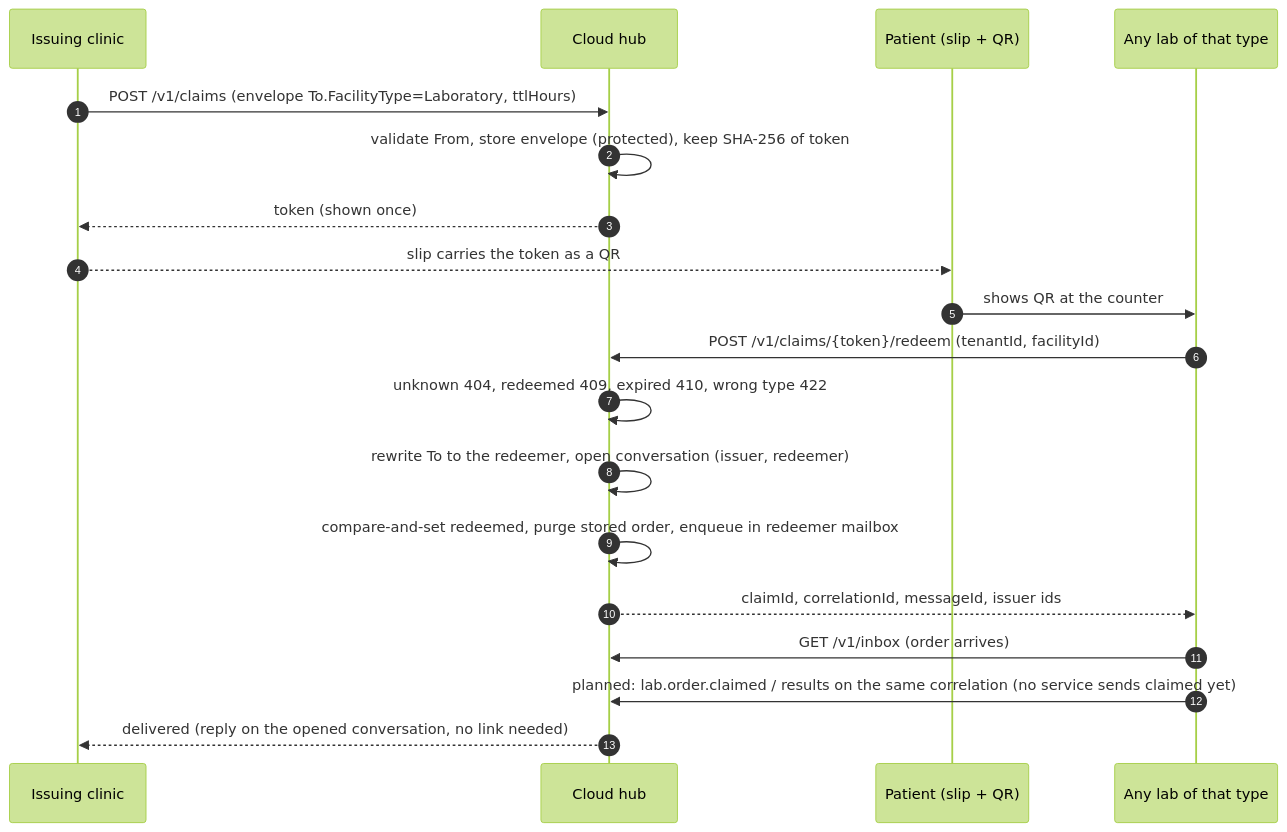
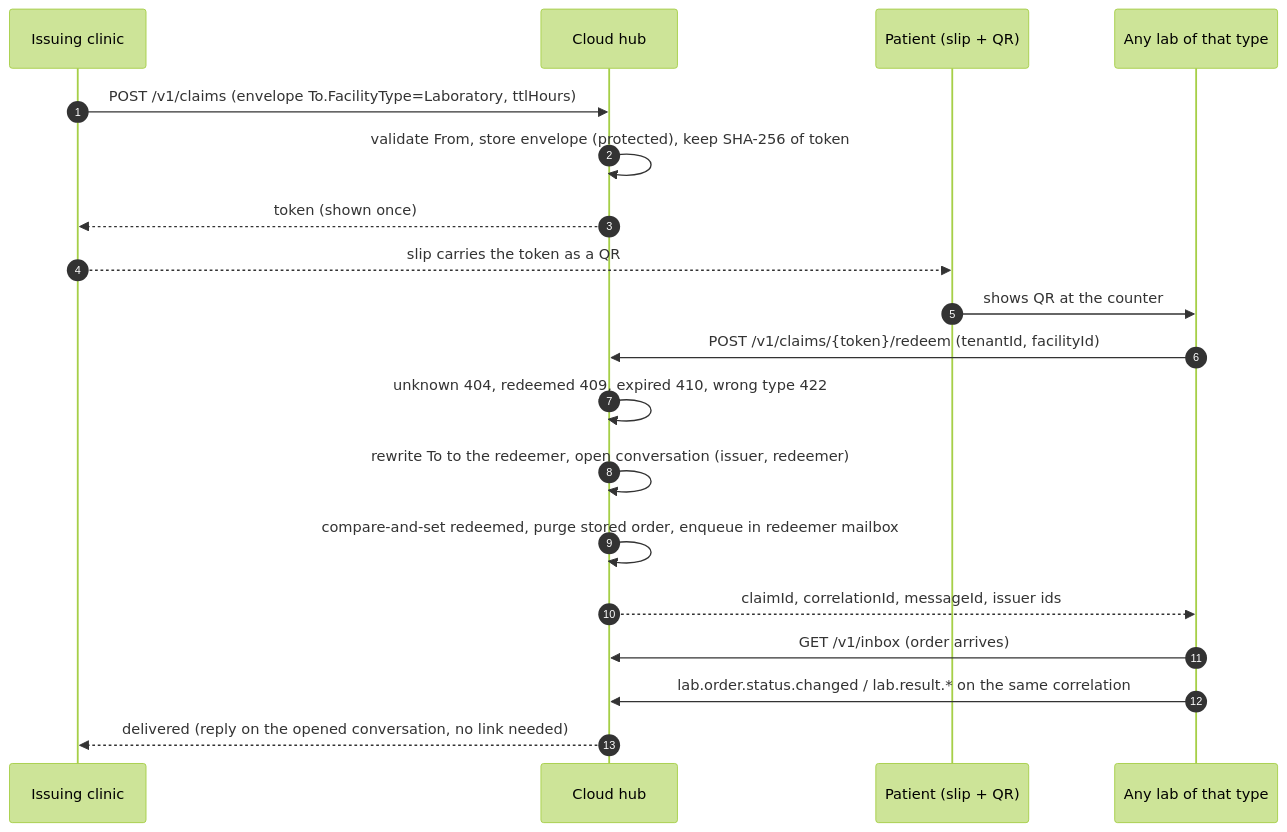
The third of 4 diagrams in docs/architecture/interop-hub.md (NextStep-Software-Solutions-Inc/clinicez-arch2), drawn with Mermaid (forest theme) before and after one commit. The commit also changed other lines of this file and 330 other files, not shown here.

````diff
--- a/docs/architecture/interop-hub.md
+++ b/docs/architecture/interop-hub.md
@@ -178,21 +194,21 @@
 ```mermaid
 sequenceDiagram
   autonumber
   participant I as Issuing clinic
   participant H as Cloud hub
   participant P as Patient (slip + QR)
   participant L as Any lab of that type
   I->>H: POST /v1/claims (envelope To.FacilityType=Laboratory, ttlHours)
   H->>H: validate From, store envelope (protected), keep SHA-256 of token
   H-->>I: token (shown once)
   I-->>P: slip carries the token as a QR
   P->>L: shows QR at the counter
   L->>H: POST /v1/claims/{token}/redeem (tenantId, facilityId)
   H->>H: unknown 404, redeemed 409, expired 410, wrong type 422
   H->>H: rewrite To to the redeemer, open conversation (issuer, redeemer)
   H->>H: compare-and-set redeemed, purge stored order, enqueue in redeemer mailbox
   H-->>L: claimId, correlationId, messageId, issuer ids
   L->>H: GET /v1/inbox (order arrives)
-  L->>H: planned: lab.order.claimed / results on the same correlation (no service sends claimed yet)
+  L->>H: lab.order.status.changed / lab.result.* on the same correlation
   H-->>I: delivered (reply on the opened conversation, no link needed)
 ```
````
